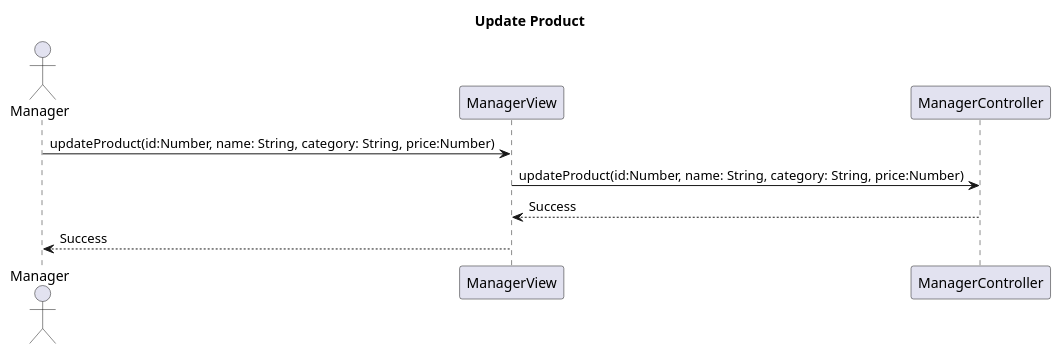
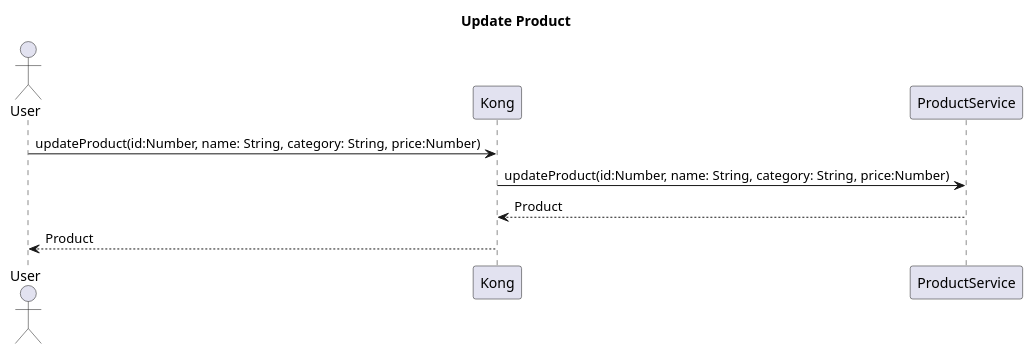
The tenth of 20 diagrams in docs/rapport.md (ThePhobosDeimosSuite/laboratoire-0_log430), drawn with PlantUML before and after one commit. The commit also changed other lines of this file and 21 other files, not shown here.

```diff
--- a/docs/rapport.md
+++ b/docs/rapport.md
@@ -228,9 +490,9 @@
 @startuml update-product
 title Update Product
-actor Manager
+actor User
 
-Manager -> ManagerView : updateProduct(id:Number, name: String, category: String, price:Number)
-ManagerView -> ManagerController : updateProduct(id:Number, name: String, category: String, price:Number)
-ManagerController --> ManagerView  :Success
-ManagerView --> Manager : Success
+User -> Kong : updateProduct(id:Number, name: String, category: String, price:Number)
+Kong -> ProductService : updateProduct(id:Number, name: String, category: String, price:Number)
+ProductService --> Kong : Product
+Kong --> User : Product
 @enduml
```
